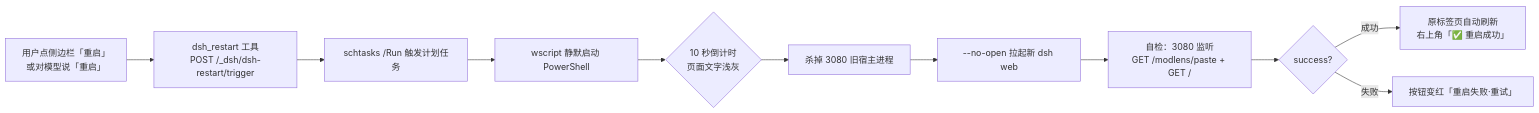
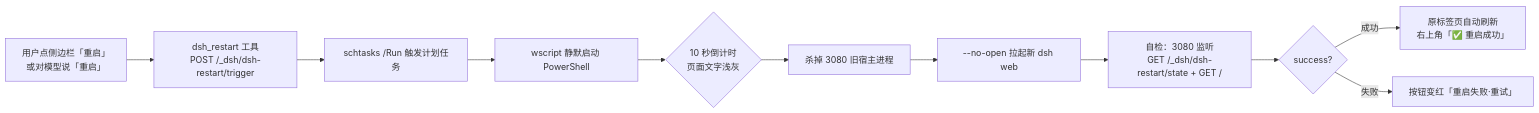
One commit to lnyuqian/dsh-restart-plugin changed the diagram in README.md. Above: the diagram before and after it, drawn with Mermaid. The commit also changed other lines of this file and 6 other files, not shown here.

````diff
--- a/README.md
+++ b/README.md
@@ -173,13 +173,13 @@
 ```mermaid
 flowchart LR
   U[用户点侧边栏「重启」<br/>或对模型说「重启」] --> T[dsh_restart 工具<br/>POST /_dsh/dsh-restart/trigger]
   T --> S[schtasks /Run 触发计划任务]
   S --> W[wscript 静默启动 PowerShell]
   W --> C{10 秒倒计时<br/>页面文字浅灰}
   C --> K[杀掉 3080 旧宿主进程]
   K --> B[--no-open 拉起新 dsh web]
-  B --> P[自检：3080 监听<br/>GET /modlens/paste + GET /]
+  B --> P[自检：3080 监听<br/>GET /_dsh/dsh-restart/state + GET /]
   P --> R{success?}
   R -- 成功 --> X[原标签页自动刷新<br/>右上角「✅ 重启成功」]
   R -- 失败 --> F[按钮变红「重启失败·重试」]
 ```
````
